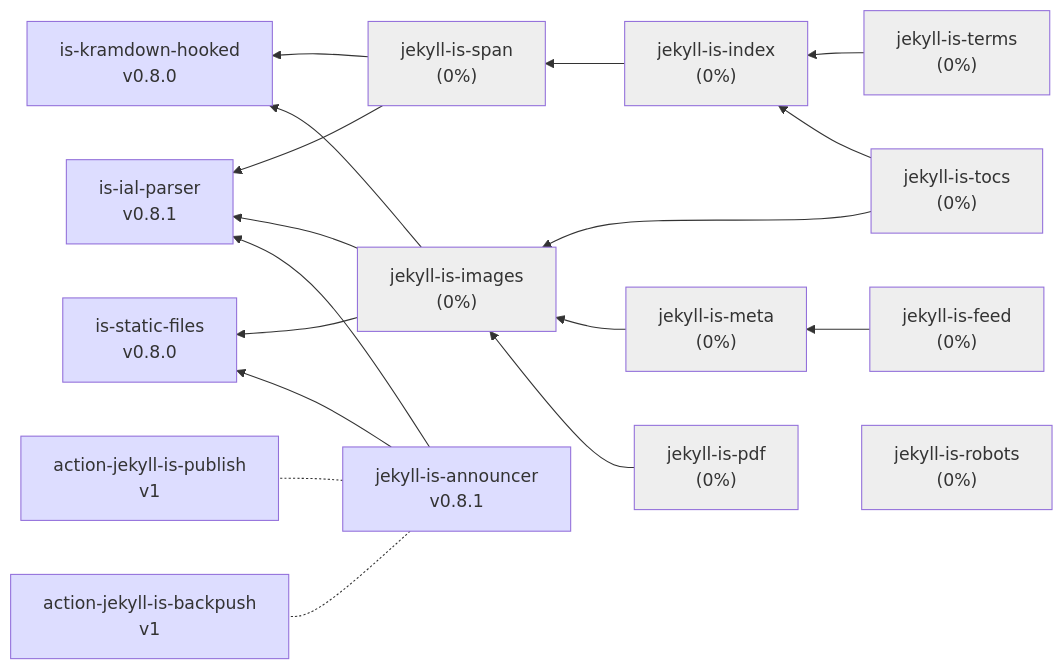
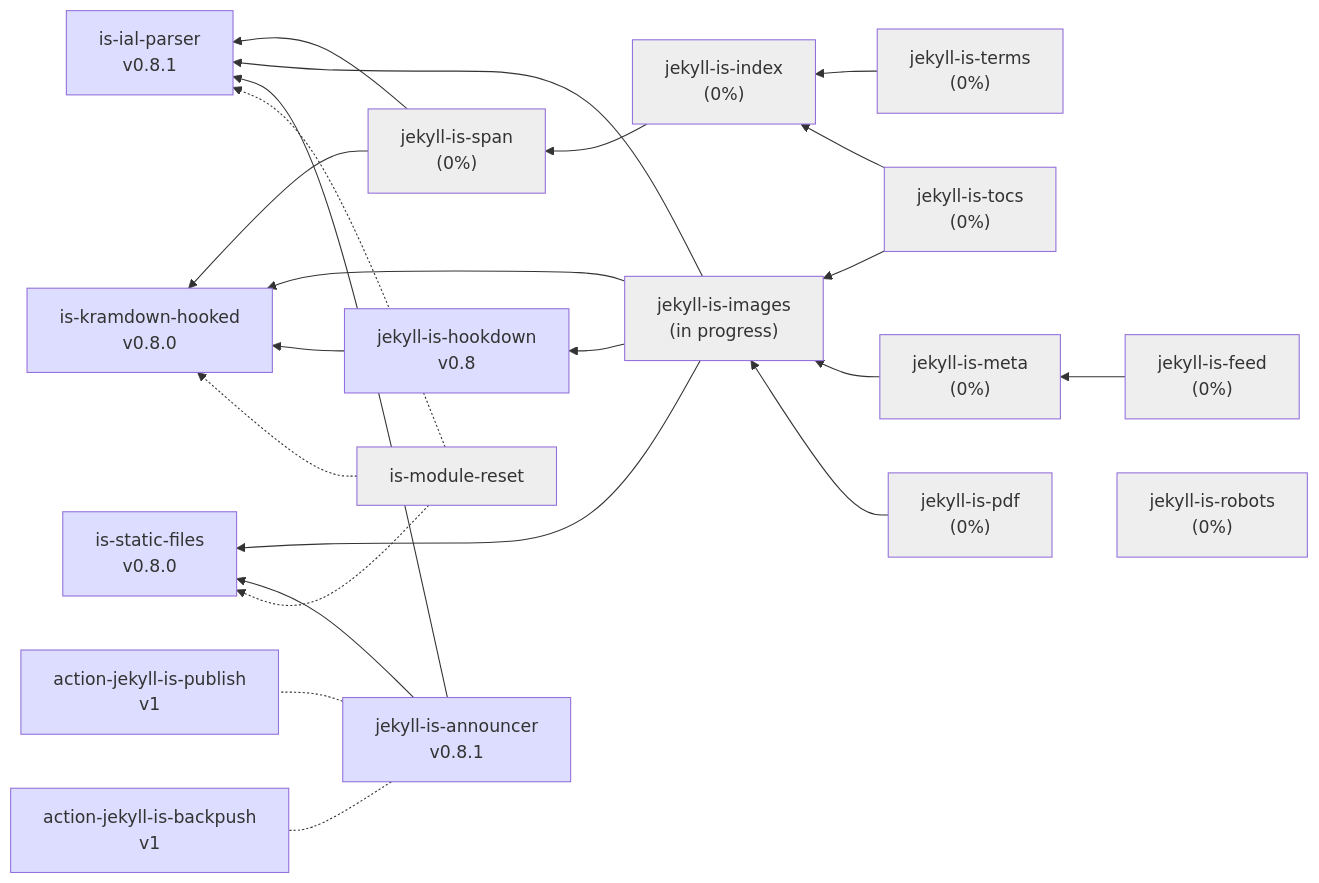
The diagram in profile/README.md (jekyll-is/.github), drawn with Mermaid before and after one commit. The commit also changed other lines of this file, not shown here.

Commit message:
Update Module Graph: add jekyll-is-hookdown, is-module-reset and reflect recent activity

````diff
--- a/profile/README.md
+++ b/profile/README.md
@@ -7,61 +7,72 @@
 ```mermaid
 graph RL
   kramdown["is-kramdown-hooked<br>v0.8.0"]
+  hookdown["jekyll-is-hookdown<br>v0.8"]
   ial["is-ial-parser<br>v0.8.1"]
   statics["is-static-files<br>v0.8.0"]
+  reset["is-module-reset"]
   span["jekyll-is-span<br>(0%)"] --> kramdown
   span --> ial
-  images["jekyll-is-images<br>(0%)"] --> ial
+  images["jekyll-is-images<br>(in progress)"] --> ial
   images --> kramdown
   images --> statics
+  images --> hookdown
   index["jekyll-is-index<br>(0%)"] --> span
   abbr["jekyll-is-terms<br>(0%)"] --> index
   tocs["jekyll-is-tocs<br>(0%)"] --> images
   tocs --> index
   meta["jekyll-is-meta<br>(0%)"] --> images
   feed["jekyll-is-feed<br>(0%)"] --> meta
   robots["jekyll-is-robots<br>(0%)"]
   announcer["jekyll-is-announcer<br>v0.8.1"] --> statics
   announcer --> ial
   pdf["jekyll-is-pdf<br>(0%)"] --> images
   act-publish["action-jekyll-is-publish<br>v1"]
   act-backpush["action-jekyll-is-backpush<br>v1"]
   announcer -.- act-publish
   announcer -.- act-backpush
+  hookdown --> kramdown
+  reset -.-> kramdown
+  reset -.-> ial
+  reset -.-> statics
 
 click ial "https://github.com/jekyll-is/is-ial-parser"
 click kramdown "https://github.com/jekyll-is/is-kramdown-hooked"
+click hookdown "https://github.com/jekyll-is/jekyll-is-hookdown"
+click reset "https://github.com/jekyll-is/is-module-reset"
 click announcer "https://github.com/jekyll-is/jekyll-is-announcer"
 click act-publish "https://github.com/jekyll-is/action-jekyll-is-publish"
 click act-backpush "https://github.com/jekyll-is/action-jekyll-is-backpush"
 click images "https://github.com/jekyll-is/jekyll-is-images"
 click robots "https://github.com/jekyll-is/jekyll-is-robots"
 click meta "https://github.com/jekyll-is/jekyll-is-meta"
 click pdf "https://github.com/jekyll-is/jekyll-is-pdf"
 click tocs "https://github.com/jekyll-is/jekyll-is-tocs"
 click feed "https://github.com/jekyll-is/jekyll-is-feed"
 click index "https://github.com/jekyll-is/jekyll-is-index"
 click span "https://github.com/jekyll-is/jekyll-is-span"
 click abbr "https://github.com/jekyll-is/jekyll-is-terms"
 click statics "https://github.com/jekyll-is/is-static-files"
 
 classDef green fill:#DFD
 classDef gray fill:#EEE
 classDef blue fill:#DDF
 
 class ial blue
 class kramdown blue
-class images gray
+class hookdown blue
+class statics blue
 class announcer blue
 class act-publish blue
 class act-backpush blue
+class images gray
 class pdf gray
 class span gray
 class index gray
 class feed gray
 class meta gray
 class robots gray
 class tocs gray
 class abbr gray
-class statics blue
+class reset gray
 ```
````
